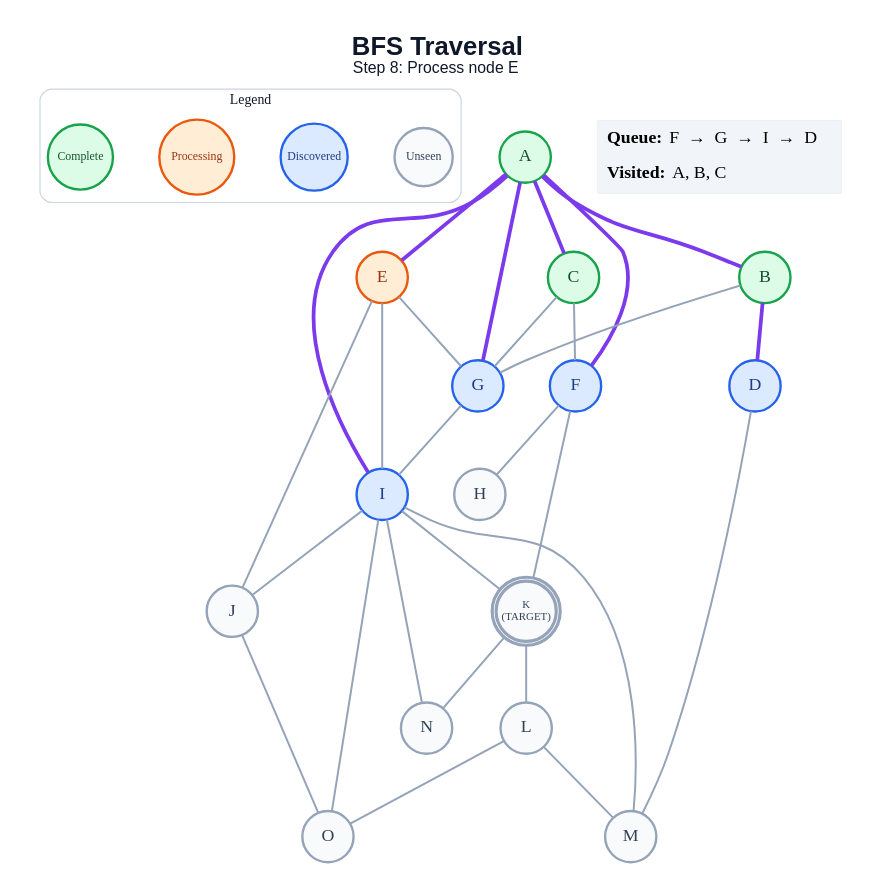
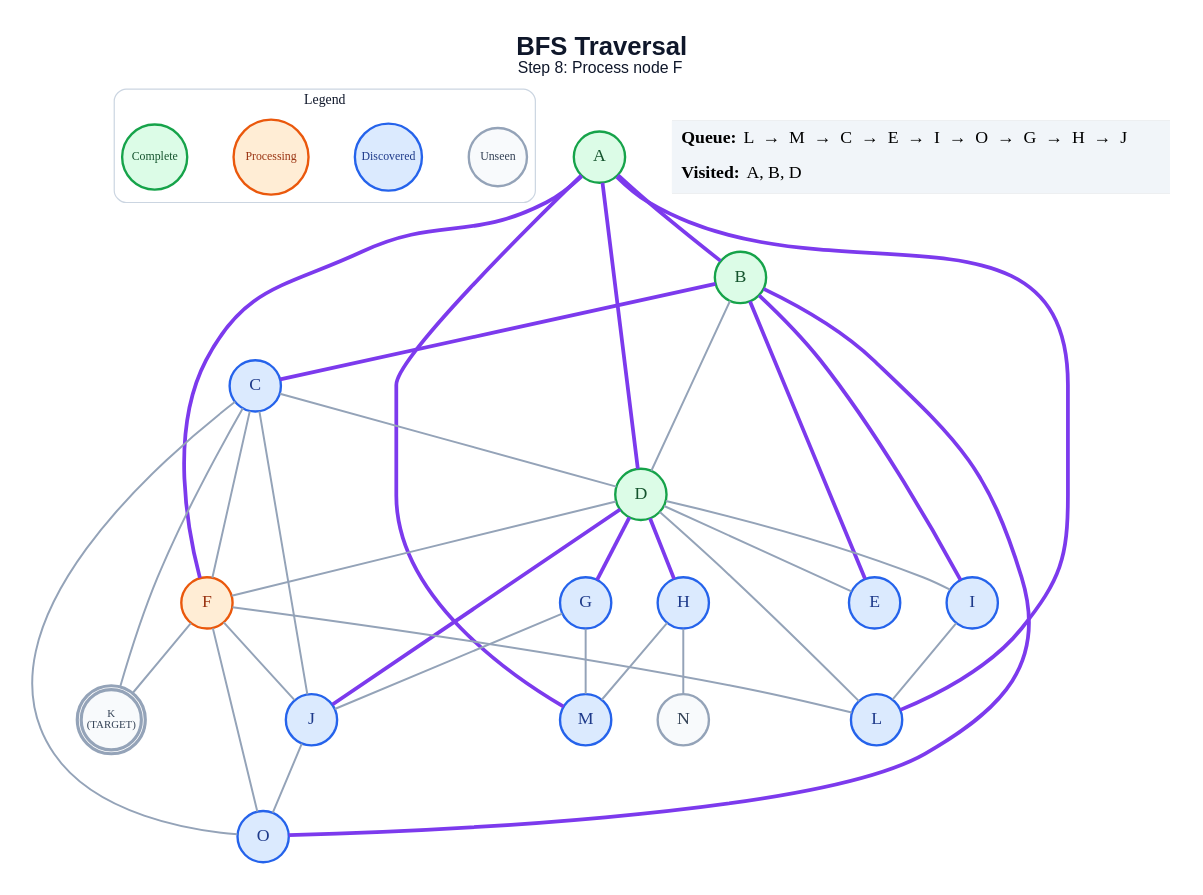
Before and after one commit to anon7238593-create/ai-slop: the diagram in generated/short-circuit/bfs/step_08.dot, drawn with Graphviz. The commit also changed 240 other files, not shown here.

```diff
--- a/generated/short-circuit/bfs/step_08.dot
+++ b/generated/short-circuit/bfs/step_08.dot
@@ -1,61 +1,66 @@
 graph traversal {
   graph [layout=dot, rankdir=TB, bgcolor="#FFFFFF", pad="0.35", nodesep="0.65", ranksep="0.8", fontname="Arial"];
   node [shape=circle, style="filled", fontname="Arial Bold", fontsize=18, width=0.72, fixedsize=true, penwidth=2.4];
   edge [color="#94A3B8", penwidth=2.0];
-  label=<<B>BFS Traversal</B><BR/><FONT POINT-SIZE="16">Step 8: Process node E</FONT>>; labelloc="t"; fontsize=26; fontname="Arial"; fontcolor="#0F172A";
+  label=<<B>BFS Traversal</B><BR/><FONT POINT-SIZE="16">Step 8: Process node F</FONT>>; labelloc="t"; fontsize=26; fontname="Arial"; fontcolor="#0F172A";
   subgraph cluster_legend { label="Legend"; color="#CBD5E1"; penwidth=1.2; style="rounded"; fontsize=14; fontname="Arial Bold";
     key_unseen [label="Unseen", fillcolor="#F8FAFC", color="#94A3B8", fontcolor="#334155", fontsize=12, width=0.82];
     key_frontier [label="Discovered", fillcolor="#DBEAFE", color="#2563EB", fontcolor="#1E3A8A", fontsize=12, width=0.95];
     key_current [label="Processing", fillcolor="#FFEDD5", color="#EA580C", fontcolor="#9A3412", fontsize=12, width=1.05];
     key_done [label="Complete", fillcolor="#DCFCE7", color="#16A34A", fontcolor="#14532D", fontsize=12, width=0.92];
     { rank=same; key_unseen; key_frontier; key_current; key_done; }
   }
   A [label="A", fillcolor="#DCFCE7", color="#16A34A", fontcolor="#14532D", peripheries=1, penwidth=2.4];
   B [label="B", fillcolor="#DCFCE7", color="#16A34A", fontcolor="#14532D", peripheries=1, penwidth=2.4];
-  C [label="C", fillcolor="#DCFCE7", color="#16A34A", fontcolor="#14532D", peripheries=1, penwidth=2.4];
-  D [label="D", fillcolor="#DBEAFE", color="#2563EB", fontcolor="#1E3A8A", peripheries=1, penwidth=2.4];
-  E [label="E", fillcolor="#FFEDD5", color="#EA580C", fontcolor="#9A3412", peripheries=1, penwidth=2.4];
-  F [label="F", fillcolor="#DBEAFE", color="#2563EB", fontcolor="#1E3A8A", peripheries=1, penwidth=2.4];
+  C [label="C", fillcolor="#DBEAFE", color="#2563EB", fontcolor="#1E3A8A", peripheries=1, penwidth=2.4];
+  D [label="D", fillcolor="#DCFCE7", color="#16A34A", fontcolor="#14532D", peripheries=1, penwidth=2.4];
+  E [label="E", fillcolor="#DBEAFE", color="#2563EB", fontcolor="#1E3A8A", peripheries=1, penwidth=2.4];
+  F [label="F", fillcolor="#FFEDD5", color="#EA580C", fontcolor="#9A3412", peripheries=1, penwidth=2.4];
   G [label="G", fillcolor="#DBEAFE", color="#2563EB", fontcolor="#1E3A8A", peripheries=1, penwidth=2.4];
-  H [label="H", fillcolor="#F8FAFC", color="#94A3B8", fontcolor="#334155", peripheries=1, penwidth=2.4];
+  H [label="H", fillcolor="#DBEAFE", color="#2563EB", fontcolor="#1E3A8A", peripheries=1, penwidth=2.4];
   I [label="I", fillcolor="#DBEAFE", color="#2563EB", fontcolor="#1E3A8A", peripheries=1, penwidth=2.4];
-  J [label="J", fillcolor="#F8FAFC", color="#94A3B8", fontcolor="#334155", peripheries=1, penwidth=2.4];
+  J [label="J", fillcolor="#DBEAFE", color="#2563EB", fontcolor="#1E3A8A", peripheries=1, penwidth=2.4];
   K [label="K\n(TARGET)", fillcolor="#F8FAFC", color="#94A3B8", fontcolor="#334155", peripheries=2, penwidth=3.2, fontsize=11, width=0.85, height=0.85];
-  L [label="L", fillcolor="#F8FAFC", color="#94A3B8", fontcolor="#334155", peripheries=1, penwidth=2.4];
-  M [label="M", fillcolor="#F8FAFC", color="#94A3B8", fontcolor="#334155", peripheries=1, penwidth=2.4];
+  L [label="L", fillcolor="#DBEAFE", color="#2563EB", fontcolor="#1E3A8A", peripheries=1, penwidth=2.4];
+  M [label="M", fillcolor="#DBEAFE", color="#2563EB", fontcolor="#1E3A8A", peripheries=1, penwidth=2.4];
   N [label="N", fillcolor="#F8FAFC", color="#94A3B8", fontcolor="#334155", peripheries=1, penwidth=2.4];
-  O [label="O", fillcolor="#F8FAFC", color="#94A3B8", fontcolor="#334155", peripheries=1, penwidth=2.4];
+  O [label="O", fillcolor="#DBEAFE", color="#2563EB", fontcolor="#1E3A8A", peripheries=1, penwidth=2.4];
   A -- B [color="#7C3AED", penwidth=3.8];
-  A -- C [color="#7C3AED", penwidth=3.8];
-  A -- E [color="#7C3AED", penwidth=3.8];
+  A -- D [color="#7C3AED", penwidth=3.8];
   A -- F [color="#7C3AED", penwidth=3.8];
-  A -- G [color="#7C3AED", penwidth=3.8];
-  A -- I [color="#7C3AED", penwidth=3.8];
-  B -- D [color="#7C3AED", penwidth=3.8];
-  B -- G;
+  A -- L [color="#7C3AED", penwidth=3.8];
+  A -- M [color="#7C3AED", penwidth=3.8];
+  B -- C [color="#7C3AED", penwidth=3.8];
+  B -- D;
+  B -- E [color="#7C3AED", penwidth=3.8];
+  B -- I [color="#7C3AED", penwidth=3.8];
+  B -- O [color="#7C3AED", penwidth=3.8];
+  C -- D;
   C -- F;
-  C -- G;
-  D -- M;
-  E -- G;
-  E -- I;
-  E -- J;
-  F -- H;
+  C -- J;
+  C -- K;
+  C -- O;
+  D -- E;
+  D -- F;
+  D -- G [color="#7C3AED", penwidth=3.8];
+  D -- H [color="#7C3AED", penwidth=3.8];
+  D -- I;
+  D -- J [color="#7C3AED", penwidth=3.8];
+  D -- L;
+  F -- J;
   F -- K;
-  G -- I;
-  I -- J;
-  I -- K;
-  I -- M;
-  I -- N;
-  I -- O;
+  F -- L;
+  F -- O;
+  G -- J;
+  G -- M;
+  H -- M;
+  H -- N;
+  I -- L;
   J -- O;
-  K -- L;
-  K -- N;
-  L -- M;
-  L -- O;
   status [shape=plain, fixedsize=false, width=0, height=0, margin=0, label=<
     <TABLE BORDER="0" CELLBORDER="0" CELLPADDING="7" BGCOLOR="#F1F5F9">
-      <TR><TD ALIGN="LEFT"><B>Queue:</B> F  →  G  →  I  →  D</TD></TR>
-      <TR><TD ALIGN="LEFT"><B>Visited:</B> A, B, C</TD></TR>
+      <TR><TD ALIGN="LEFT"><B>Queue:</B> L  →  M  →  C  →  E  →  I  →  O  →  G  →  H  →  J</TD></TR>
+      <TR><TD ALIGN="LEFT"><B>Visited:</B> A, B, D</TD></TR>
     </TABLE>
   >];
 }
```
